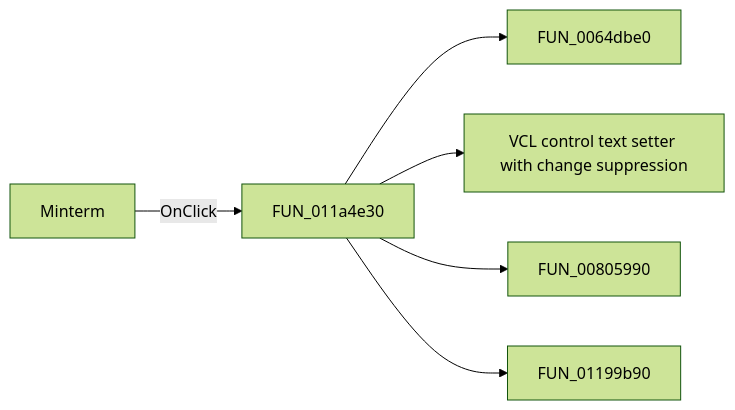
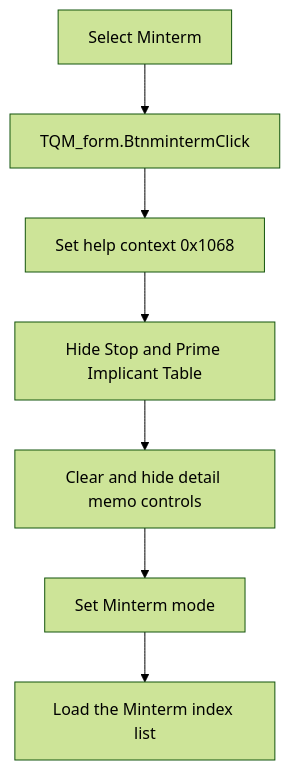
Before and after one commit to MovGP0/TIARA: the diagram in docs/ui-controls/qm-form/btnminterm-de58c678ca.md, drawn with Mermaid (forest theme). The commit also changed other lines of this file and 1062 other files, not shown here.

````diff
--- a/docs/ui-controls/qm-form/btnminterm-de58c678ca.md
+++ b/docs/ui-controls/qm-form/btnminterm-de58c678ca.md
@@ -27,8 +29,9 @@
 ```mermaid
-flowchart LR
-    control["Minterm"] -->|OnClick| handler["FUN_011a4e30"]
-    handler --> call1["FUN_0064dbe0"]
-    handler --> call2["VCL control text setter with change suppression"]
-    handler --> call3["FUN_00805990"]
-    handler --> call4["FUN_01199b90"]
+flowchart TD
+    control["Select Minterm"] --> handler["TQM_form.BtnmintermClick"]
+    handler --> context["Set help context 0x1068"]
+    context --> hide["Hide Stop and Prime Implicant Table"]
+    hide --> reset["Clear and hide detail memo controls"]
+    reset --> mode["Set Minterm mode"]
+    mode --> input["Load the Minterm index list"]
 ```
````
